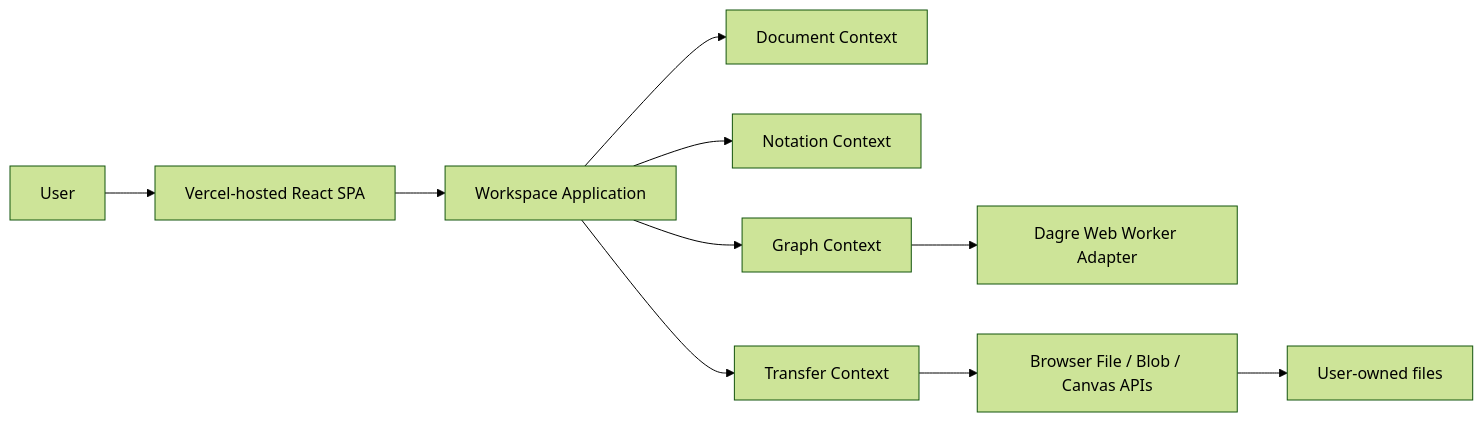
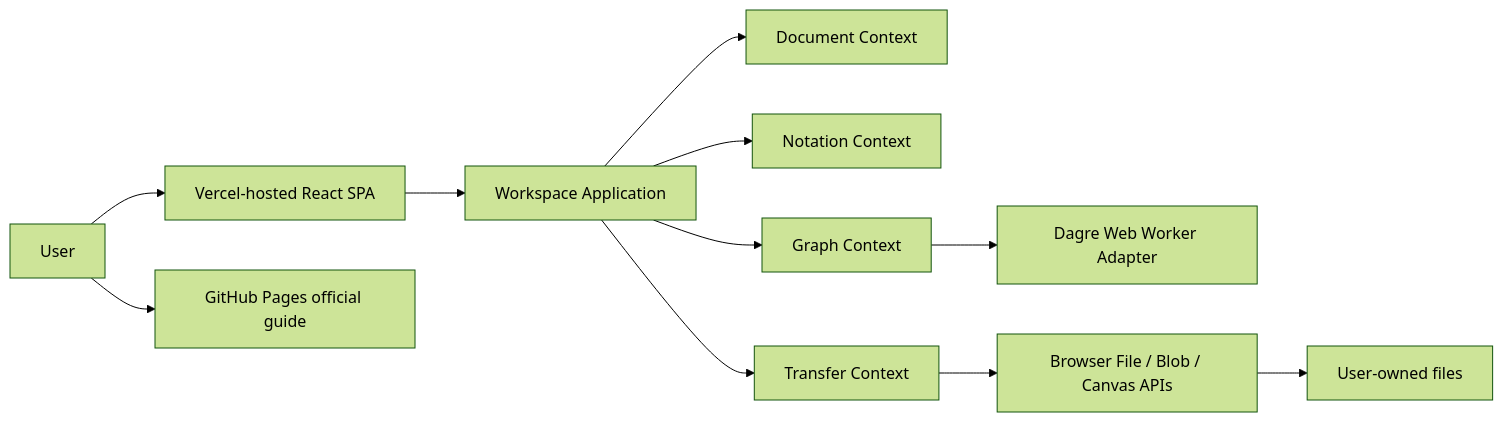
The first of 6 diagrams in docs/functional-design.md (dayaa-arch/granvas), drawn with Mermaid (forest theme) before and after one commit. The commit also changed other lines of this file and 40 other files, not shown here.

````diff
--- a/docs/functional-design.md
+++ b/docs/functional-design.md
@@ -16,12 +16,13 @@
 ```mermaid
 flowchart LR
     User["User"] --> App["Vercel-hosted React SPA"]
+    User --> Docs["GitHub Pages official guide"]
     App --> Workspace["Workspace Application"]
     Workspace --> Document["Document Context"]
     Workspace --> Notation["Notation Context"]
     Workspace --> Graph["Graph Context"]
     Workspace --> Transfer["Transfer Context"]
     Graph --> Worker["Dagre Web Worker Adapter"]
     Transfer --> FileAPI["Browser File / Blob / Canvas APIs"]
     FileAPI --> UserFile["User-owned files"]
 ```
````
